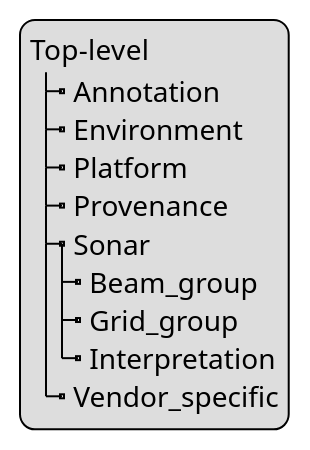
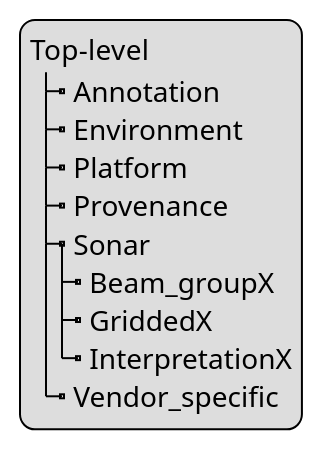
One commit to ices-publications/SONAR-netCDF4 changed the diagram in docs/crr341.adoc. Above: the diagram before and after it, drawn with PlantUML. The commit also changed other lines of this file, not shown here.

Commit message:
More refinements to the text and clarifications for gridded group

```diff
--- a/docs/crr341.adoc
+++ b/docs/crr341.adoc
@@ -155,15 +155,15 @@
 [plantuml, format=svg, opts="inline"]
 ----
 legend
 Top-level
 |_ Annotation
 |_ Environment
 |_ Platform
 |_ Provenance
 |_ Sonar
-  |_ Beam_group
-  |_ Grid_group
-  |_ Interpretation
+  |_ Beam_groupX
+  |_ GriddedX
+  |_ InterpretationX
 |_ Vendor_specific
 end legend
 ----
```
